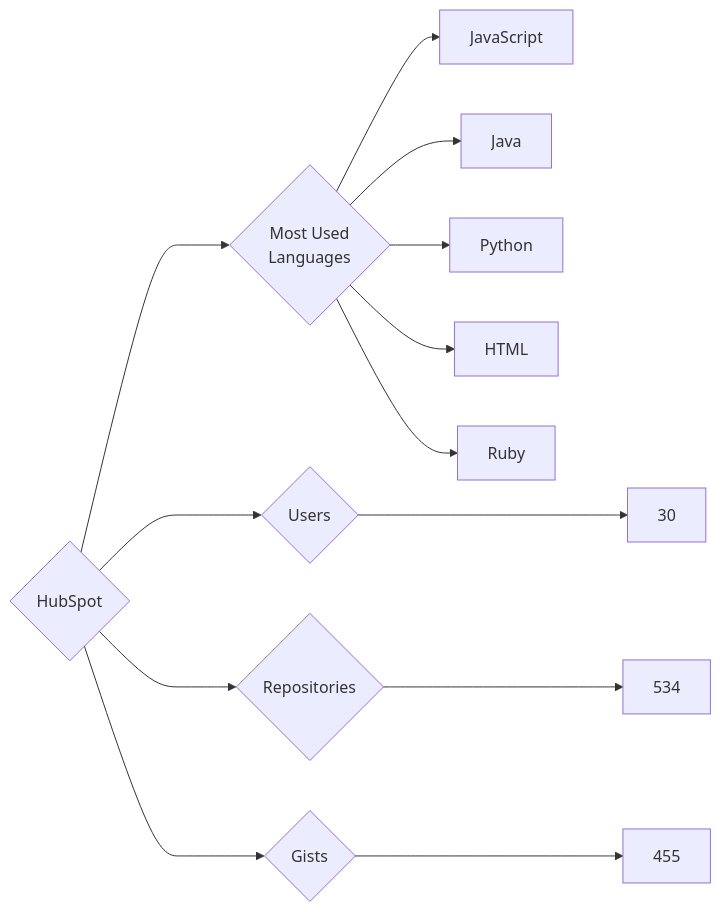
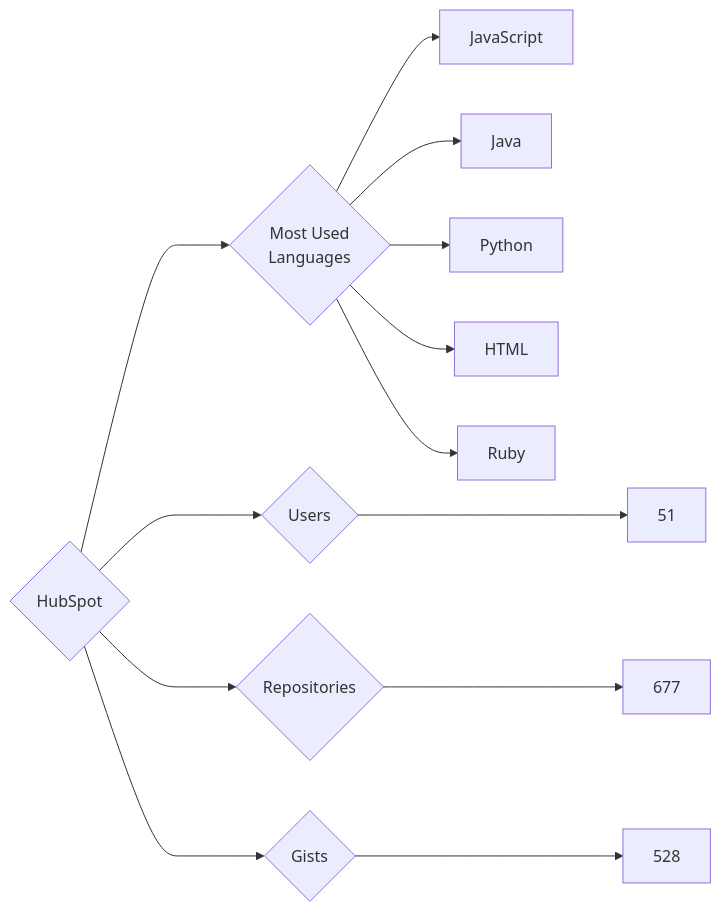
The diagram in targets/HubSpot/README.md (trickest/insiders), drawn with Mermaid before and after one commit. The commit also changed 633 other files, not shown here.

````diff
--- a/targets/HubSpot/README.md
+++ b/targets/HubSpot/README.md
@@ -3,13 +3,13 @@
 ```mermaid
 graph LR
 COMPANY_NAME{HubSpot}
-COMPANY_NAME ---> U{Users} ---> UN[30]
-COMPANY_NAME ---> R{Repositories} ---> RN[534]
-COMPANY_NAME ---> G{Gists} ---> GN[455]
+COMPANY_NAME ---> U{Users} ---> UN[51]
+COMPANY_NAME ---> R{Repositories} ---> RN[677]
+COMPANY_NAME ---> G{Gists} ---> GN[528]
 COMPANY_NAME ---> ML{Most Used<br>Languages}
 ML --> JavaScript[JavaScript]
 ML --> Java[Java]
 ML --> Python[Python]
 ML --> HTML[HTML]
 ML --> Ruby[Ruby]
 ```
````
